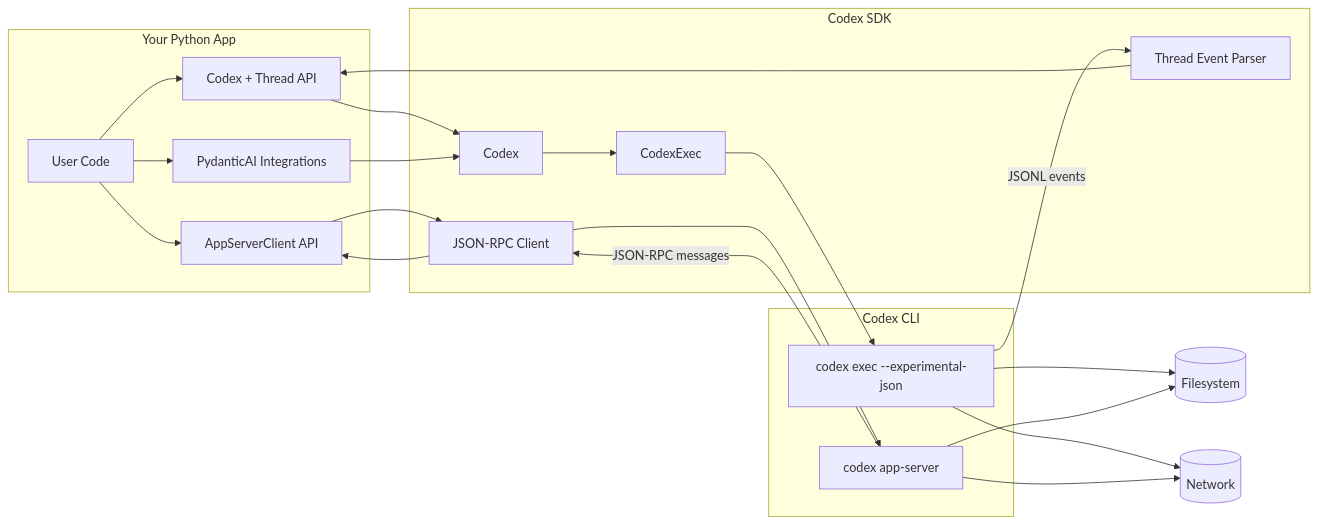
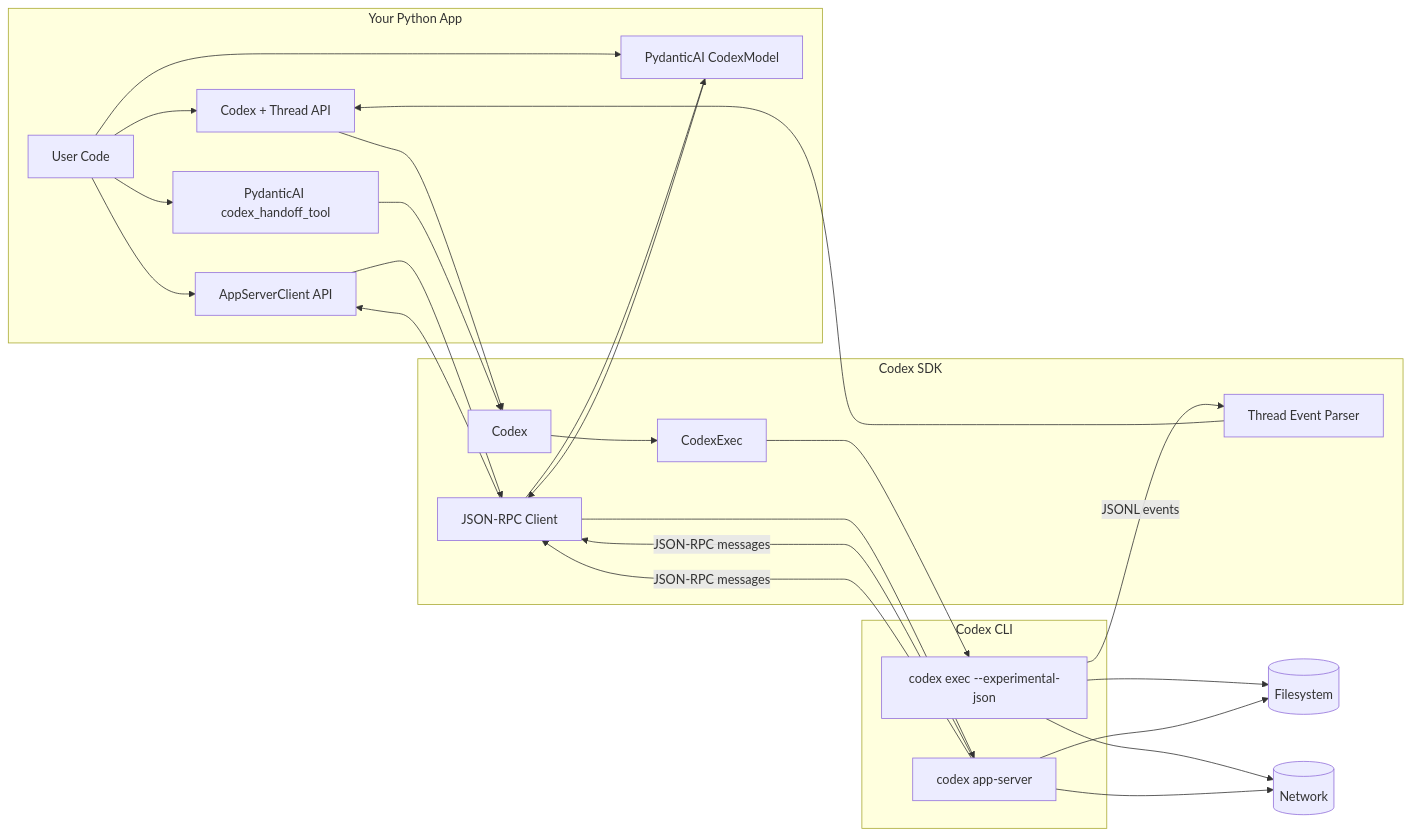
One commit to vectorfy-co/codex-sdk-python changed the first of 5 diagrams in README.md. Above: the diagram before and after it, drawn with Mermaid. The commit also changed other lines of this file and 6 other files, not shown here.

Commit message:
Make CodexModel app-server-only and refresh docs

````diff
--- a/README.md
+++ b/README.md
@@ -743,35 +754,37 @@
 ```mermaid
 flowchart LR
   subgraph App[Your Python App]
     U[User Code]
     T[Codex + Thread API]
     A[AppServerClient API]
-    M[PydanticAI Integrations]
+    PM[PydanticAI CodexModel]
+    PH[PydanticAI codex_handoff_tool]
   end
 
   subgraph SDK[Codex SDK]
     C[Codex]
     E[CodexExec]
     P[Thread Event Parser]
     R[JSON-RPC Client]
   end
 
   subgraph CLI[Codex CLI]
     X["codex exec --experimental-json"]
     S["codex app-server"]
   end
 
   FS[(Filesystem)]
   NET[(Network)]
 
   U --> T --> C --> E --> X
   U --> A --> R --> S
-  U --> M
-  M --> C
+  U --> PM --> R
+  U --> PH --> C
   X -->|JSONL events| P --> T
   S -->|JSON-RPC messages| R --> A
+  S -->|JSON-RPC messages| R --> PM
   X --> FS
   X --> NET
   S --> FS
   S --> NET
 ```
````
